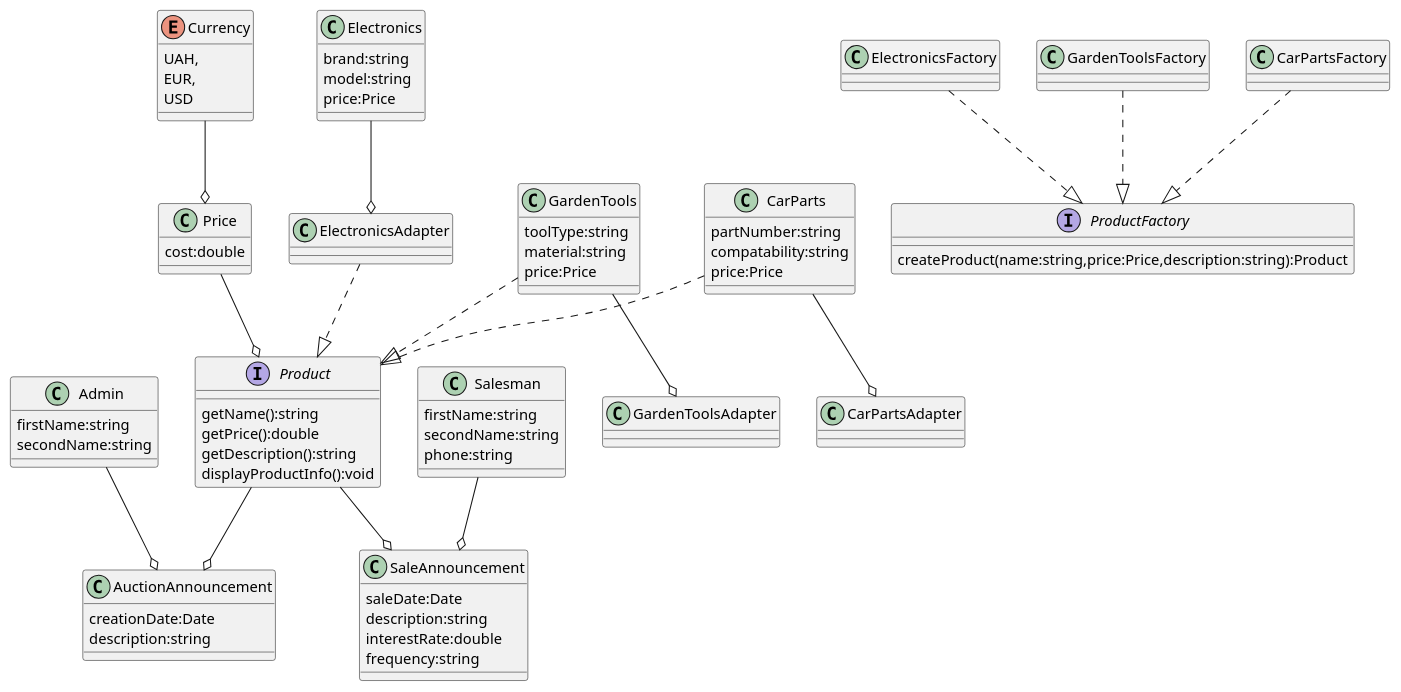
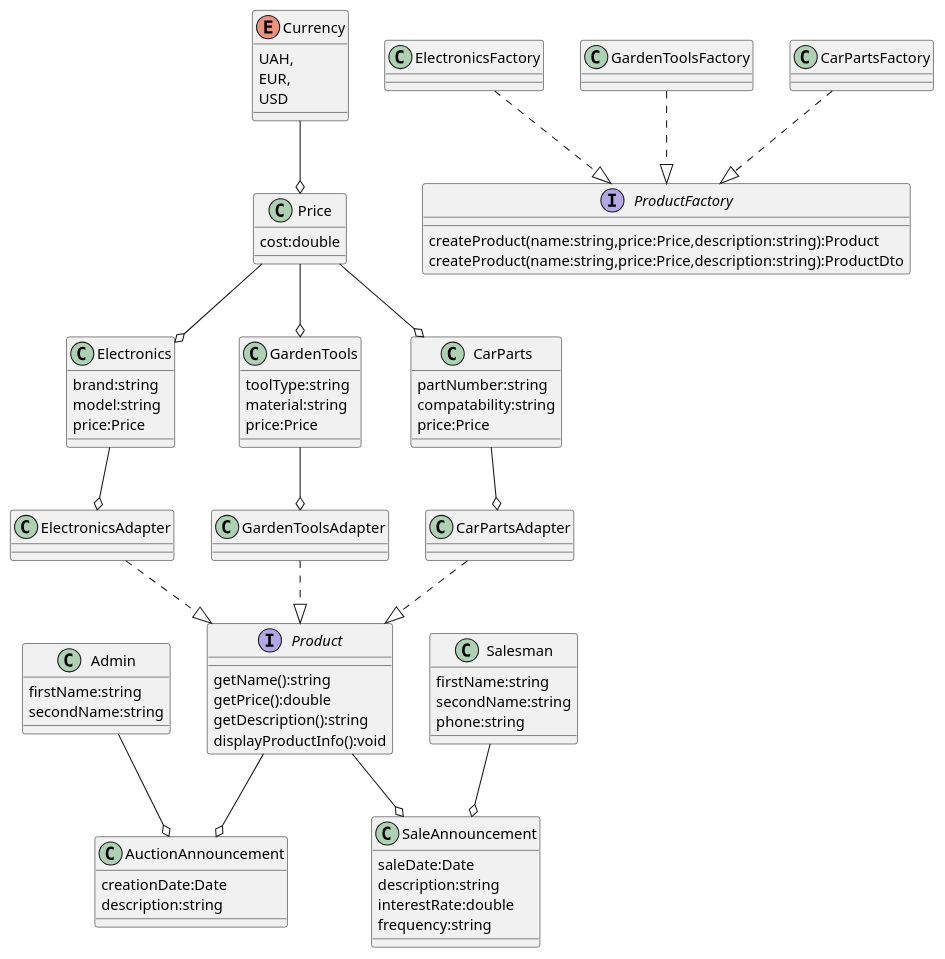
One commit to MrTorfis0017/Gleb changed the diagram in Bom.puml. Above: the diagram before and after it, drawn with PlantUML.

Commit message:
[XXX] Bom update

```diff
--- a/Bom.puml
+++ b/Bom.puml
@@ -1,99 +1,102 @@
 @startuml
 'https://plantuml.com/class-diagram
 
 class Admin {
 firstName:string
 secondName:string
 }
 
 enum Currency{
 UAH,
 EUR,
 USD
 }
 
 class Price{
 cost:double
 }
 
 interface Product{
 getName():string
 getPrice():double
 getDescription():string
 displayProductInfo():void
 }
 
 interface ProductFactory{
 createProduct(name:string,price:Price,description:string):Product
+createProduct(name:string,price:Price,description:string):ProductDto
 }
 
 class Electronics{
 brand:string
 model:string
 price:Price
 }
 
 class GardenTools{
 toolType:string
 material:string
 price:Price
 }
 
 class CarParts{
 partNumber:string
 compatability:string
 price:Price
 }
 
 class ElectronicsFactory{
 }
 
 class GardenToolsFactory{
 }
 
 class CarPartsFactory{
 }
 
 class ElectronicsAdapter{
 }
 
 class GardenToolsAdapter{
 }
 
 class CarPartsAdapter{
 }
 
 class AuctionAnnouncement{
 creationDate:Date
 description:string
 }
 
 class Salesman{
 firstName:string
 secondName:string
 phone:string
 }
 
 class SaleAnnouncement{
 saleDate:Date
 description:string
 interestRate:double
 frequency:string
 }
 
 Admin --o AuctionAnnouncement
 Product --o AuctionAnnouncement
 Currency --o Price
-Price --o Product
+Price --o Electronics
+Price --o GardenTools
+Price --o CarParts
 Salesman --o SaleAnnouncement
 Product --o SaleAnnouncement
 Electronics --o ElectronicsAdapter
 ElectronicsAdapter ..|> Product
 GardenTools --o GardenToolsAdapter
-GardenTools ..|> Product
+GardenToolsAdapter ..|> Product
 CarParts --o CarPartsAdapter
-CarParts ..|> Product
+CarPartsAdapter ..|> Product
 ElectronicsFactory ..|> ProductFactory
 GardenToolsFactory ..|> ProductFactory
 CarPartsFactory ..|> ProductFactory
 @enduml
```
